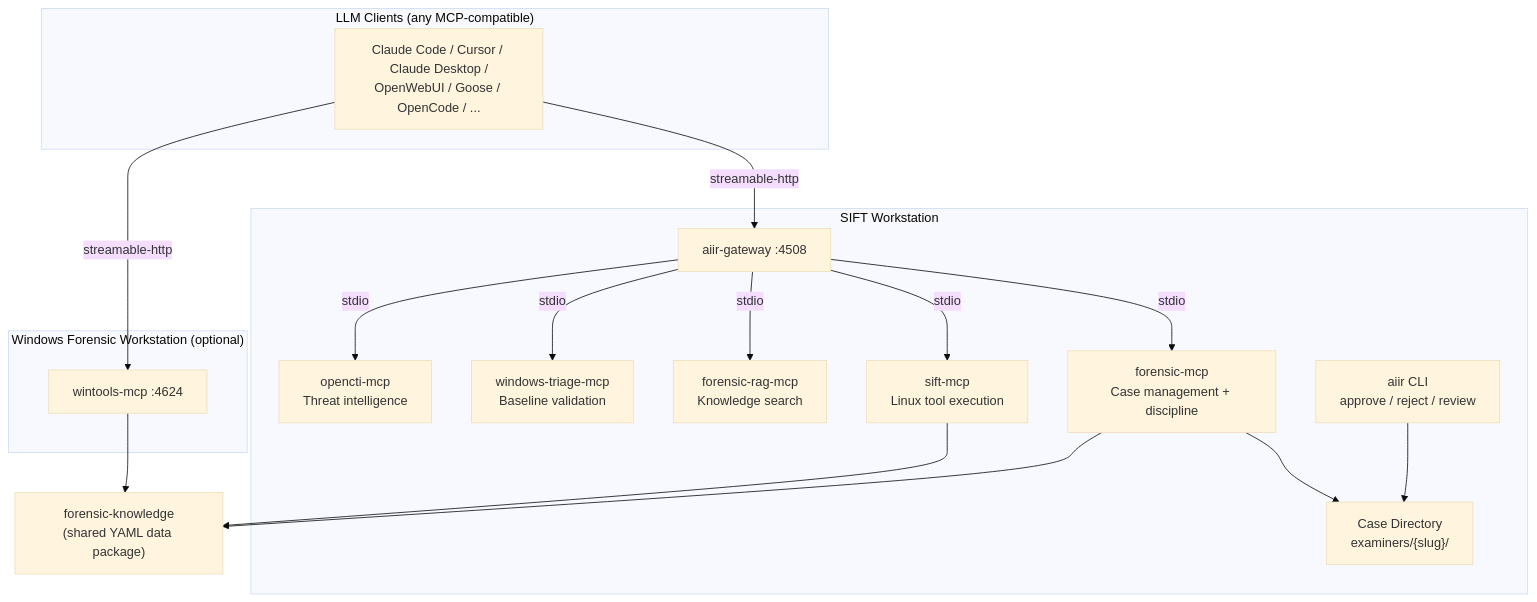
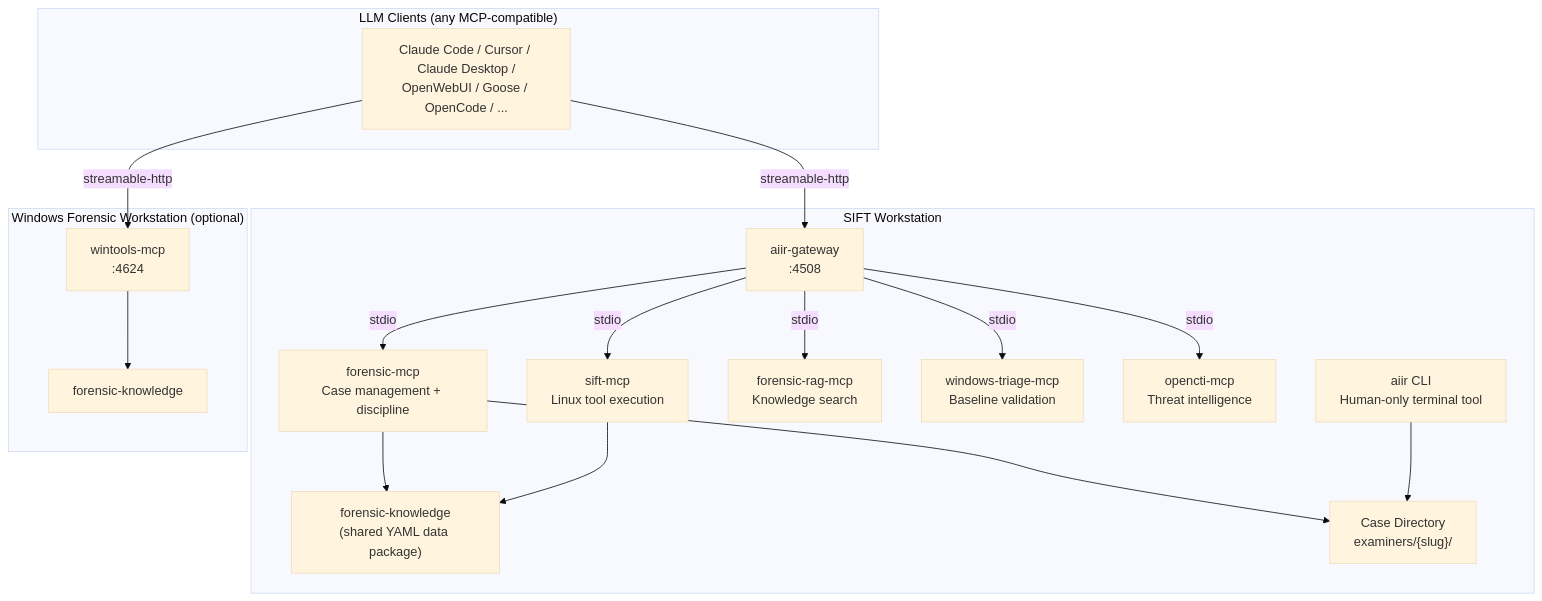
The first of 5 diagrams in README.md (AppliedIR/aiir), drawn with Mermaid (base theme) before and after one commit. The commit also changed other lines of this file and 1 other file, not shown here.

Commit message:
rewrite README and update ARCHITECTURE.md with cross-repo review fixes

````diff
--- a/README.md
+++ b/README.md
@@ -49,37 +47,37 @@
 ```mermaid
 graph TB
     subgraph clients ["LLM Clients (any MCP-compatible)"]
         CC["Claude Code / Cursor / Claude Desktop /<br/>OpenWebUI / Goose / OpenCode / ..."]
     end
 
     subgraph sift ["SIFT Workstation"]
-        GW["aiir-gateway :4508"]
-        FM[forensic-mcp<br/>Case management + discipline]
-        SM[sift-mcp<br/>Linux tool execution]
-        FR[forensic-rag-mcp<br/>Knowledge search]
-        WTR[windows-triage-mcp<br/>Baseline validation]
-        OC[opencti-mcp<br/>Threat intelligence]
+        GW["aiir-gateway<br/>:4508"]
+        FM["forensic-mcp<br/>Case management + discipline"]
+        SM["sift-mcp<br/>Linux tool execution"]
+        FR["forensic-rag-mcp<br/>Knowledge search"]
+        WTR["windows-triage-mcp<br/>Baseline validation"]
+        OC["opencti-mcp<br/>Threat intelligence"]
+        FK["forensic-knowledge<br/>(shared YAML data package)"]
         CASE["Case Directory<br/>examiners/{slug}/"]
-        CLI["aiir CLI<br/>approve / reject / review"]
+        CLI["aiir CLI<br/>Human-only terminal tool"]
 
         GW -->|stdio| FM
         GW -->|stdio| SM
         GW -->|stdio| FR
         GW -->|stdio| WTR
         GW -->|stdio| OC
+        FM --> FK
+        SM --> FK
         FM --> CASE
         CLI --> CASE
     end
 
     subgraph winbox ["Windows Forensic Workstation (optional)"]
-        WT["wintools-mcp :4624"]
+        WT["wintools-mcp<br/>:4624"]
+        FK2["forensic-knowledge"]
+        WT --> FK2
     end
 
-    FK["forensic-knowledge<br/>(shared YAML data package)"]
-
-    CC -->|streamable-http| GW
+    CC -->|"streamable-http"| GW
     CC -->|"streamable-http"| WT
-    FM --> FK
-    SM --> FK
-    WT --> FK
 ```
````
